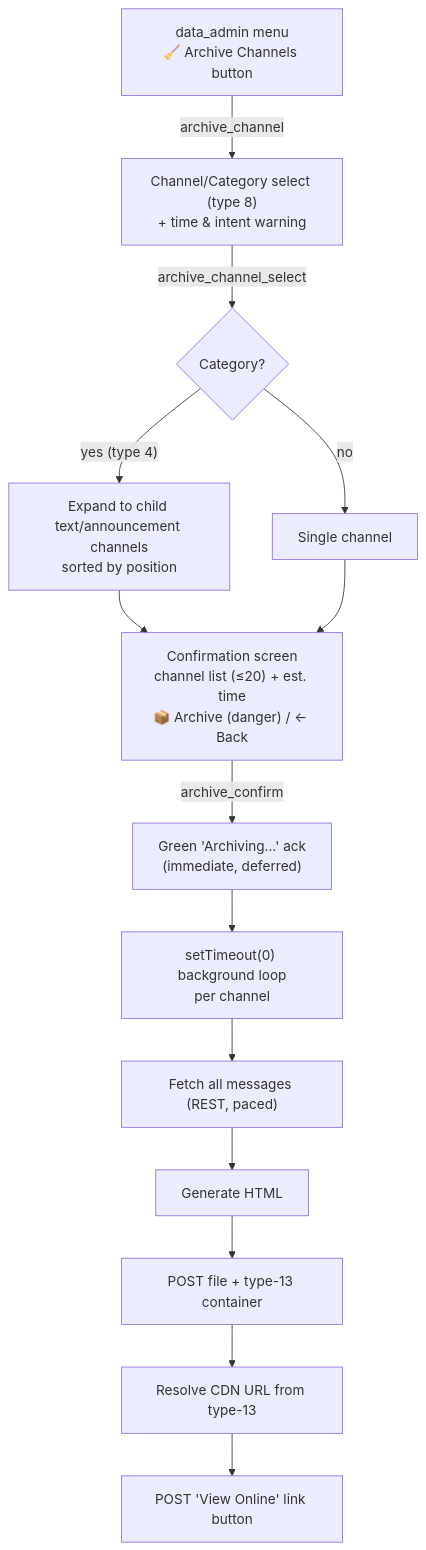
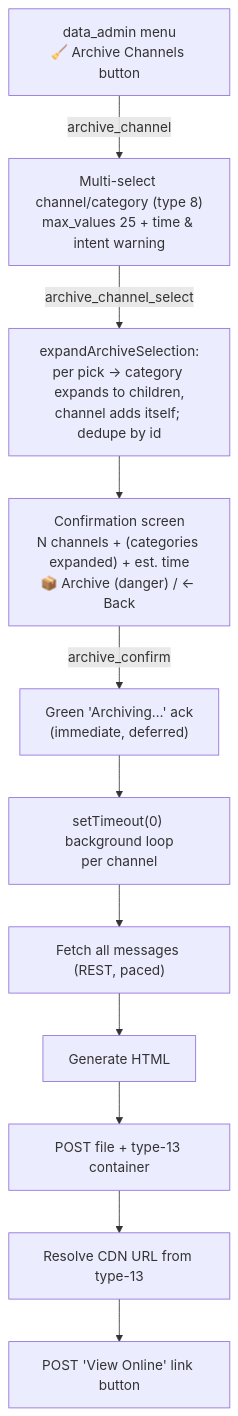
Before and after one commit to extremedonkey/castbot: the diagram in docs/03-features/ChannelArchive.md, drawn with Mermaid. The commit also changed other lines of this file and 3 other files, not shown here.

Commit message:
Archive: multi-select channels/categories (max 25, dedupe, cache-first expansion) + copy update; expandArchiveSelection pure helper + tests

````diff
--- a/docs/03-features/ChannelArchive.md
+++ b/docs/03-features/ChannelArchive.md
@@ -42,16 +42,13 @@
 ```mermaid
 flowchart TD
-  A["data_admin menu<br/>🧹 Archive Channels button"] -->|archive_channel| B["Channel/Category select (type 8)<br/>+ time & intent warning"]
-  B -->|archive_channel_select| C{"Category?"}
-  C -->|"yes (type 4)"| D["Expand to child text/announcement channels<br/>sorted by position"]
-  C -->|no| E["Single channel"]
-  D --> F["Confirmation screen<br/>channel list (≤20) + est. time<br/>📦 Archive (danger) / ← Back"]
-  E --> F
+  A["data_admin menu<br/>🧹 Archive Channels button"] -->|archive_channel| B["Multi-select channel/category (type 8)<br/>max_values 25 + time & intent warning"]
+  B -->|archive_channel_select| C["expandArchiveSelection:<br/>per pick → category expands to children,<br/>channel adds itself; dedupe by id"]
+  C --> F["Confirmation screen<br/>N channels + (categories expanded) + est. time<br/>📦 Archive (danger) / ← Back"]
   F -->|archive_confirm| G["Green 'Archiving…' ack<br/>(immediate, deferred)"]
   G --> H["setTimeout(0) background loop<br/>per channel"]
   H --> I["Fetch all messages (REST, paced)"]
   I --> J["Generate HTML"]
   J --> K["POST file + type-13 container"]
   K --> L["Resolve CDN URL from type-13"]
   L --> M["POST 'View Online' link button"]
 ```
````
